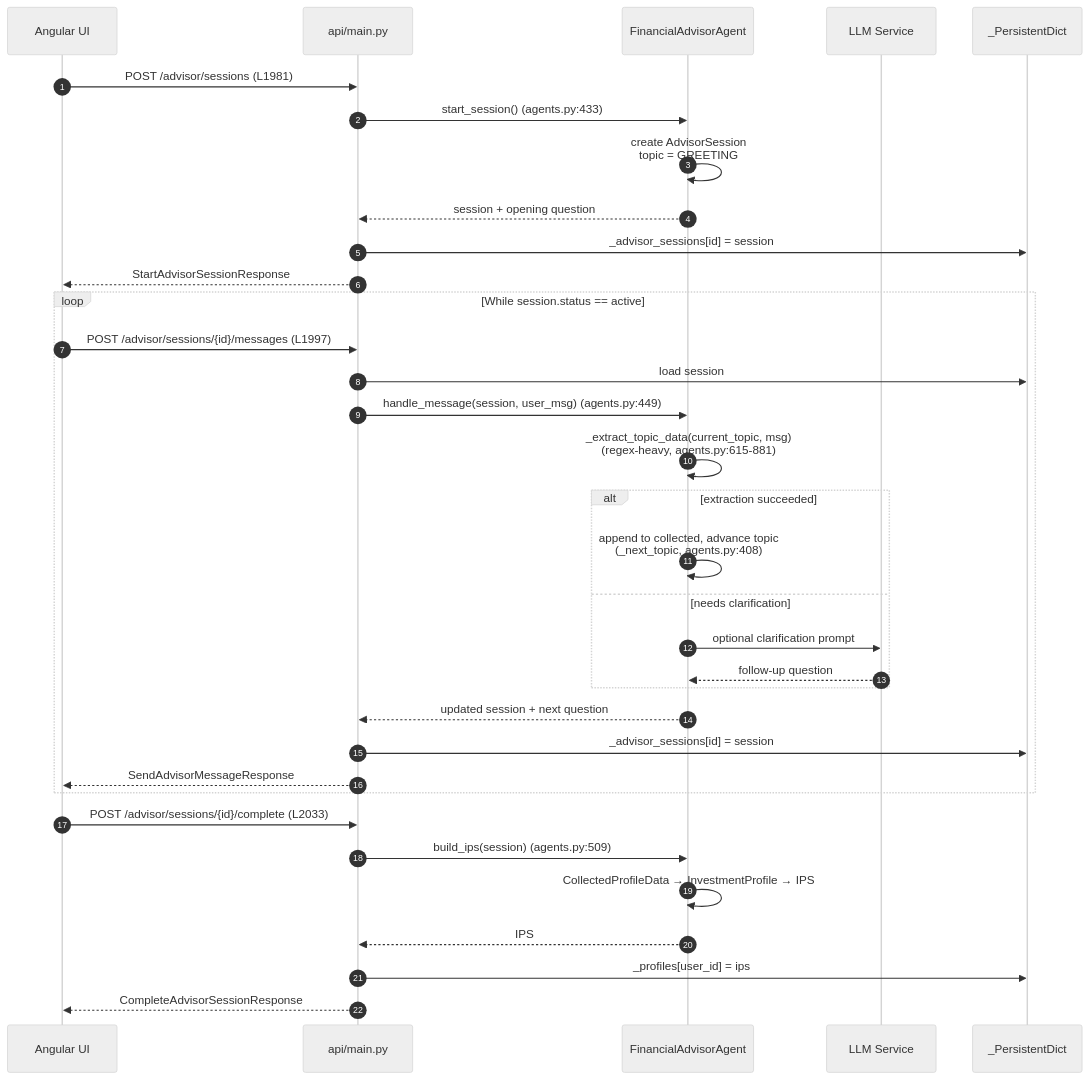
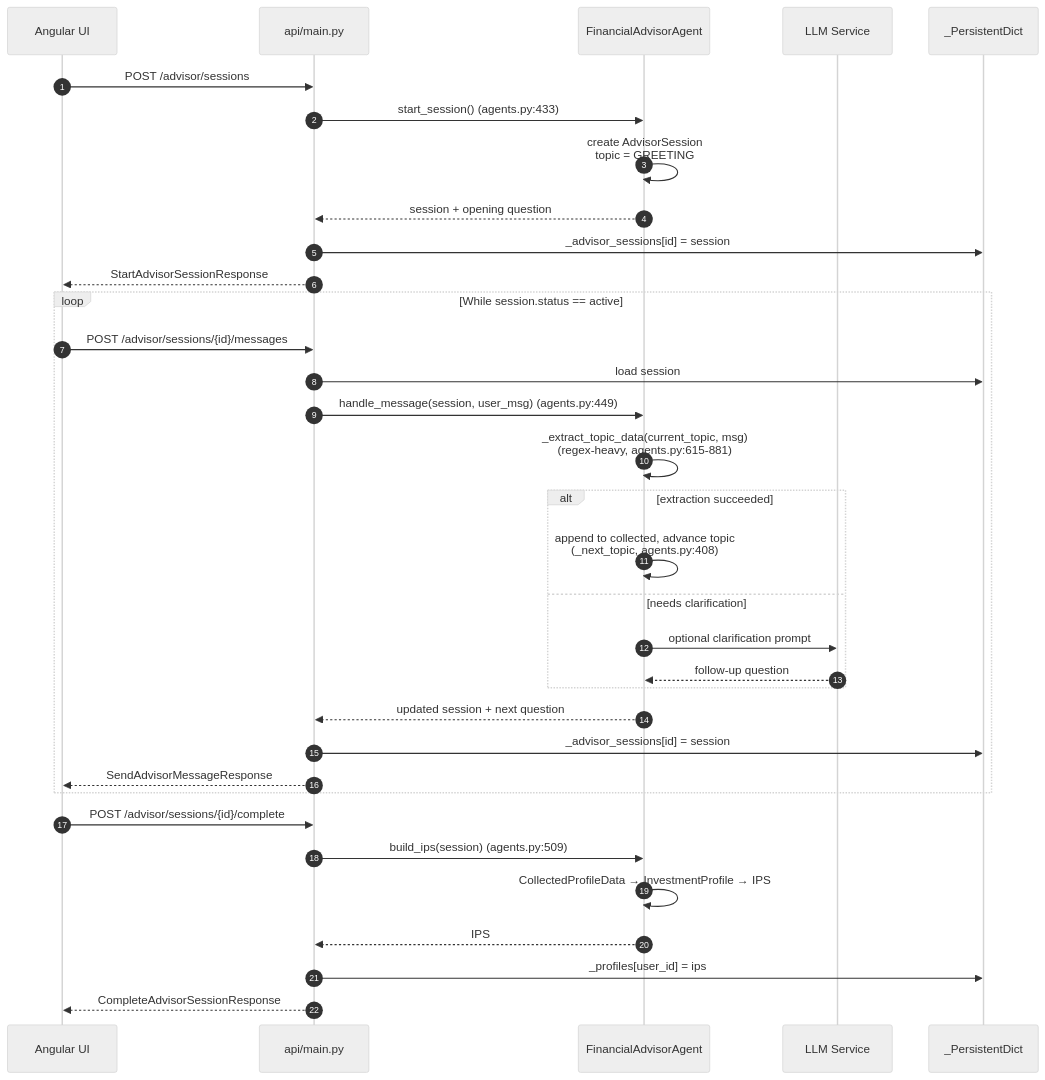
Before and after one commit to brandonkindred/Khala-Agentic-AI-Teams: the first of 4 diagrams in backend/agents/investment_team/system_design/flow_charts.md, drawn with Mermaid (neutral theme). The commit also changed other lines of this file and 20 other files, not shown here.

First line of the commit message:
docs(investment): sync Strategy Lab architecture docs with current pipeline (#7177)

````diff
--- a/backend/agents/investment_team/system_design/flow_charts.md
+++ b/backend/agents/investment_team/system_design/flow_charts.md
@@ -22,39 +24,39 @@
 ```mermaid
 sequenceDiagram
     autonumber
     participant UI as Angular UI
     participant API as api/main.py
     participant FA as FinancialAdvisorAgent
     participant LLM as LLM Service
     participant Store as _PersistentDict
 
-    UI->>API: POST /advisor/sessions (L1981)
+    UI->>API: POST /advisor/sessions
     API->>FA: start_session() (agents.py:433)
     FA->>FA: create AdvisorSession<br/>topic = GREETING
     FA-->>API: session + opening question
     API->>Store: _advisor_sessions[id] = session
     API-->>UI: StartAdvisorSessionResponse
 
     loop While session.status == active
-        UI->>API: POST /advisor/sessions/{id}/messages (L1997)
+        UI->>API: POST /advisor/sessions/{id}/messages
         API->>Store: load session
         API->>FA: handle_message(session, user_msg) (agents.py:449)
         FA->>FA: _extract_topic_data(current_topic, msg)<br/>(regex-heavy, agents.py:615-881)
         alt extraction succeeded
             FA->>FA: append to collected, advance topic<br/>(_next_topic, agents.py:408)
         else needs clarification
             FA->>LLM: optional clarification prompt
             LLM-->>FA: follow-up question
         end
         FA-->>API: updated session + next question
         API->>Store: _advisor_sessions[id] = session
         API-->>UI: SendAdvisorMessageResponse
     end
 
-    UI->>API: POST /advisor/sessions/{id}/complete (L2033)
+    UI->>API: POST /advisor/sessions/{id}/complete
     API->>FA: build_ips(session) (agents.py:509)
     FA->>FA: CollectedProfileData → InvestmentProfile → IPS
     FA-->>API: IPS
     API->>Store: _profiles[user_id] = ips
     API-->>UI: CompleteAdvisorSessionResponse
 ```
````
